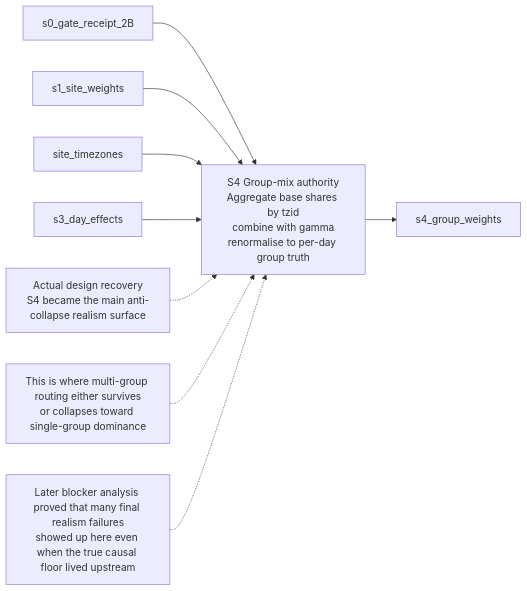
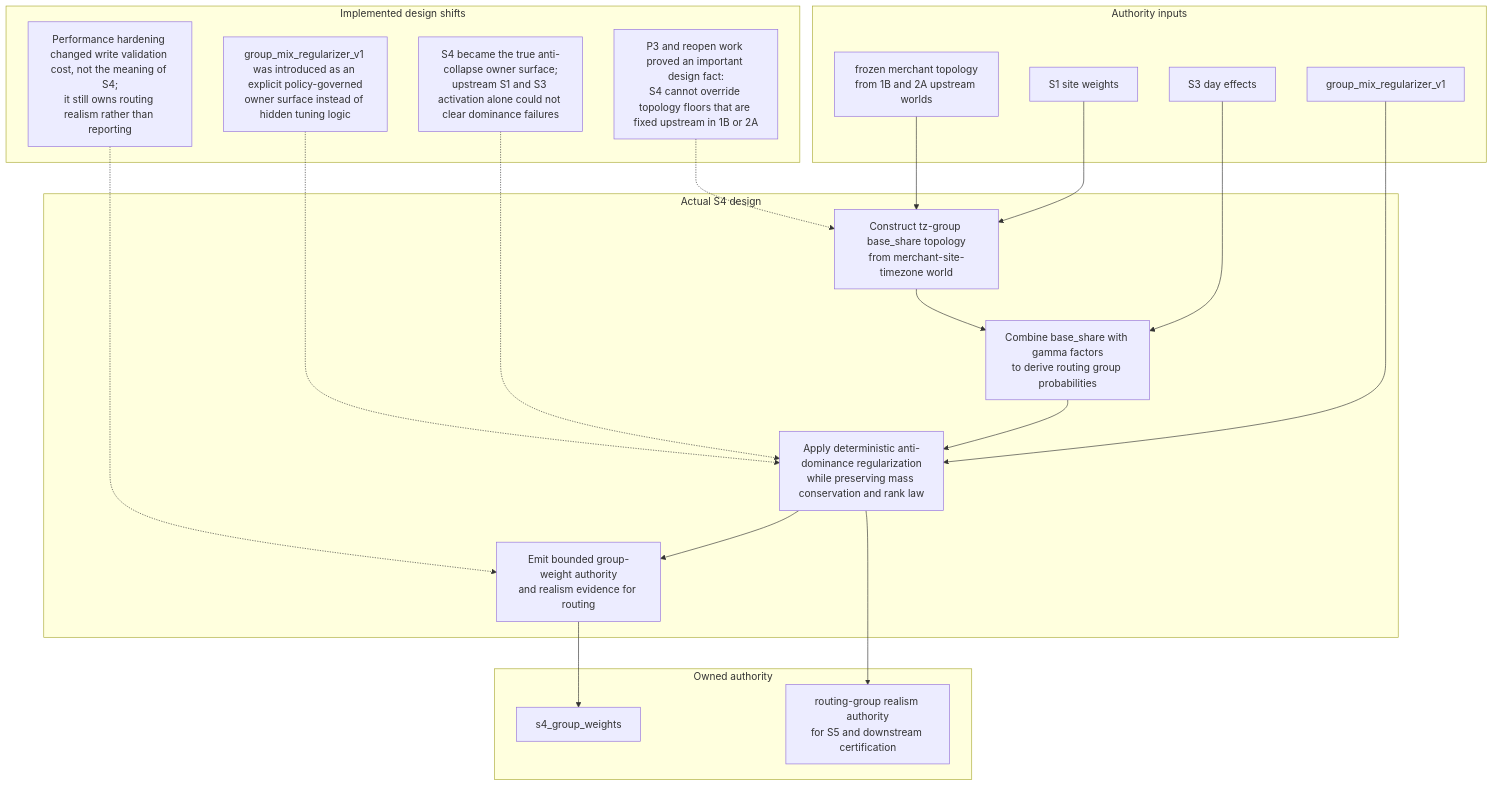
Before and after one commit to EsosaOrumwese/fraud-detection-system: the diagram in docs/design/data-engine/layer-1/2B/2B-S4-design-flow.mmd, drawn with Mermaid. The commit also changed 56 other files, not shown here.

First line of the commit message:
Refactor design flows for segments 3B and 5A to enhance clarity and authority structure

```diff
--- a/docs/design/data-engine/layer-1/2B/2B-S4-design-flow.mmd
+++ b/docs/design/data-engine/layer-1/2B/2B-S4-design-flow.mmd
@@ -1,23 +1,39 @@
-flowchart LR
-  I1["s0_gate_receipt_2B"]
-  I2["s1_site_weights"]
-  I3["site_timezones"]
-  I4["s3_day_effects"]
+flowchart TD
+  subgraph inputs["Authority inputs"]
+    I1["S1 site weights"]
+    I2["S3 day effects"]
+    I3["group_mix_regularizer_v1"]
+    I4["frozen merchant topology<br/>from 1B and 2A upstream worlds"]
+  end
 
-  S4["S4 Group-mix authority<br/>Aggregate base shares by tzid<br/>combine with gamma<br/>renormalise to per-day group truth"]
+  subgraph core["Actual S4 design"]
+    C1["Construct tz-group base_share topology<br/>from merchant-site-timezone world"]
+    C2["Combine base_share with gamma factors<br/>to derive routing group probabilities"]
+    C3["Apply deterministic anti-dominance regularization<br/>while preserving mass conservation and rank law"]
+    C4["Emit bounded group-weight authority<br/>and realism evidence for routing"]
+  end
 
-  O1["s4_group_weights"]
+  subgraph shifts["Implemented design shifts"]
+    S1["S4 became the true anti-collapse owner surface;<br/>upstream S1 and S3 activation alone could not clear dominance failures"]
+    S2["group_mix_regularizer_v1 was introduced as an explicit policy-governed<br/>owner surface instead of hidden tuning logic"]
+    S3["P3 and reopen work proved an important design fact:<br/>S4 cannot override topology floors that are fixed upstream in 1B or 2A"]
+    S4["Performance hardening changed write validation cost, not the meaning of S4;<br/>it still owns routing realism rather than reporting"]
+  end
 
-  I1 --> S4
-  I2 --> S4
-  I3 --> S4
-  I4 --> S4
-  S4 --> O1
+  subgraph outputs["Owned authority"]
+    O1["s4_group_weights"]
+    O2["routing-group realism authority<br/>for S5 and downstream certification"]
+  end
 
-  R1["Actual design recovery<br/>S4 became the main anti-collapse realism surface"]
-  R2["This is where multi-group routing either survives<br/>or collapses toward single-group dominance"]
-  R3["Later blocker analysis proved that many final realism failures<br/>showed up here even when the true causal floor lived upstream"]
+  I1 --> C1
+  I2 --> C2
+  I3 --> C3
+  I4 --> C1
+  C1 --> C2 --> C3 --> C4
+  C4 --> O1
+  C3 --> O2
 
-  R1 -.-> S4
-  R2 -.-> S4
-  R3 -.-> S4
+  S1 -.-> C3
+  S2 -.-> C3
+  S3 -.-> C1
+  S4 -.-> C4
```
